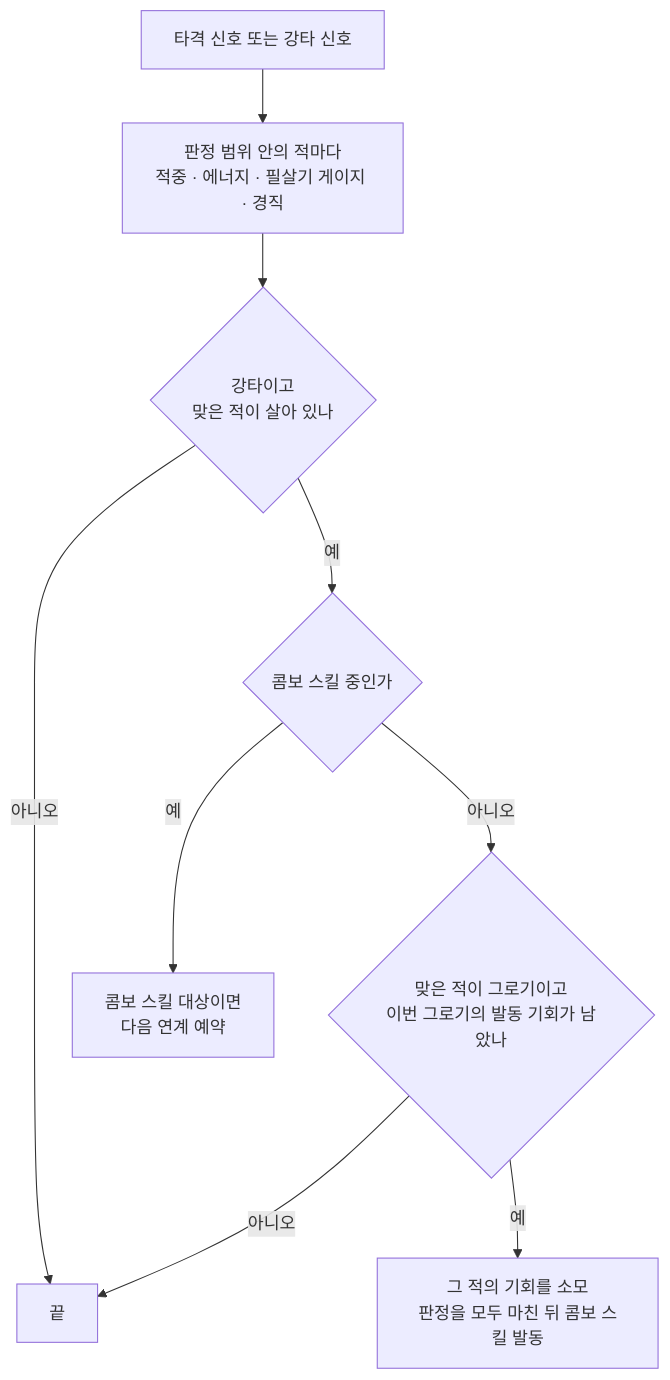
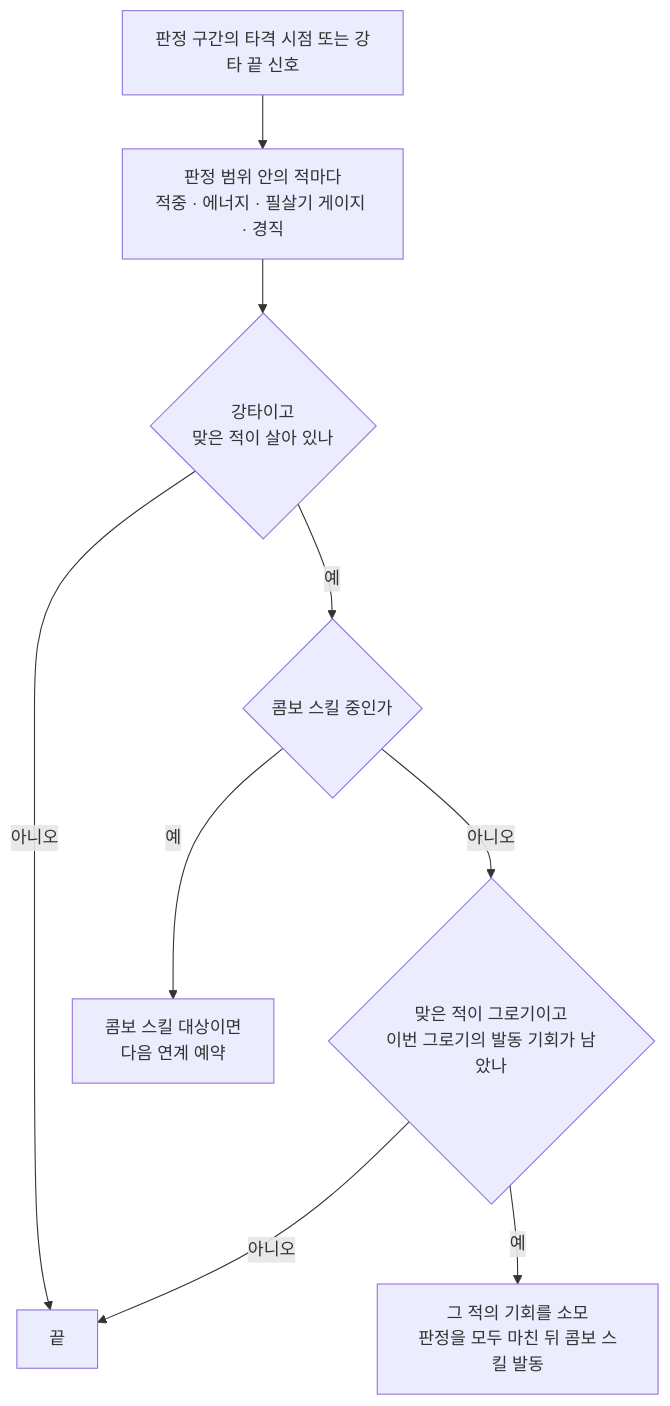
The first of 2 diagrams in Docs/Technical/Player/PlayerComboSkill.md (SquashPrince/Develrocket_mp15_HHH), drawn with Mermaid before and after one commit. The commit also changed other lines of this file and 5 other files, not shown here.

````diff
--- a/Docs/Technical/Player/PlayerComboSkill.md
+++ b/Docs/Technical/Player/PlayerComboSkill.md
@@ -32,11 +32,11 @@
 ```mermaid
 flowchart TD
-    H["타격 신호 또는 강타 신호"] --> J["판정 범위 안의 적마다<br>적중 · 에너지 · 필살기 게이지 · 경직"]
+    H["판정 구간의 타격 시점 또는 강타 끝 신호"] --> J["판정 범위 안의 적마다<br>적중 · 에너지 · 필살기 게이지 · 경직"]
     J --> I{"강타이고<br>맞은 적이 살아 있나"}
     I -->|"아니오"| N["끝"]
     I -->|"예"| A{"콤보 스킬 중인가"}
     A -->|"예"| Q["콤보 스킬 대상이면<br>다음 연계 예약"]
     A -->|"아니오"| G{"맞은 적이 그로기이고<br>이번 그로기의 발동 기회가 남았나"}
     G -->|"아니오"| N
     G -->|"예"| U["그 적의 기회를 소모<br>판정을 모두 마친 뒤 콤보 스킬 발동"]
 ```
````
